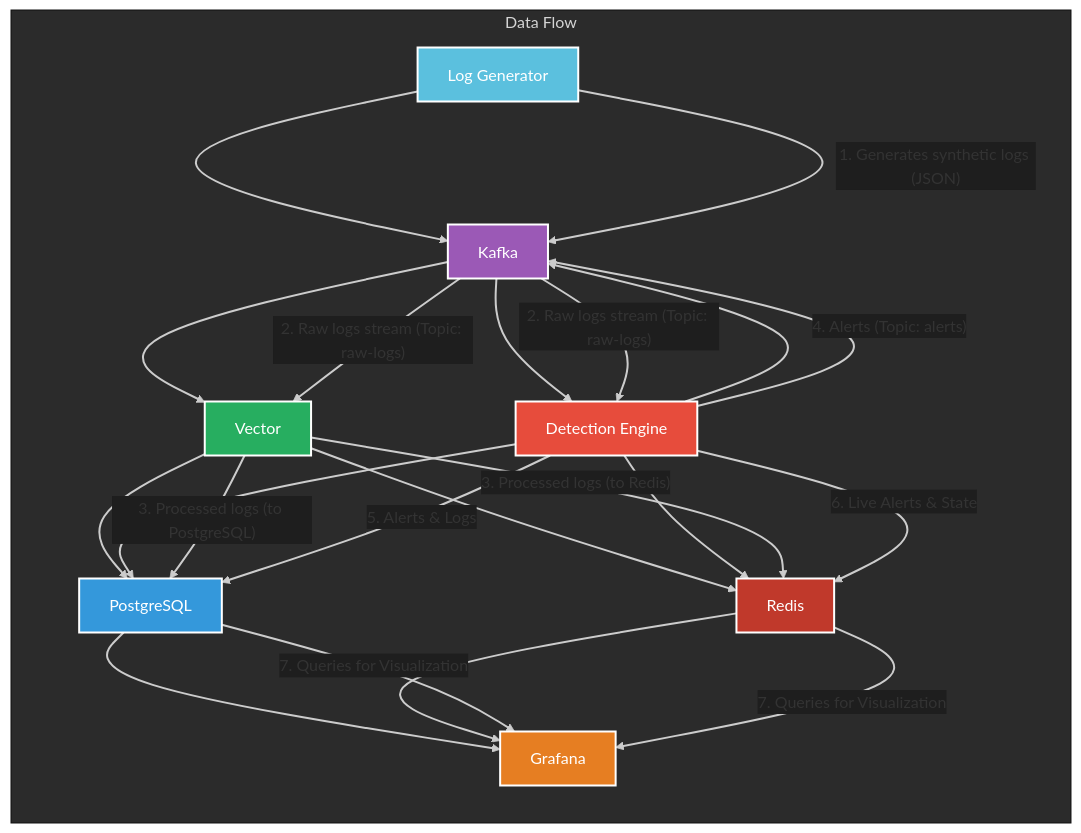
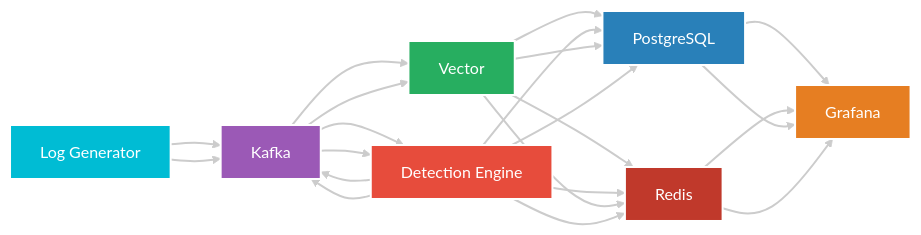
The diagram in README.md (P-Bhanu-Sohan/SimuloSIEM), drawn with Mermaid before and after one commit.

````diff
--- a/README.md
+++ b/README.md
@@ -34,42 +34,45 @@
 ```mermaid
-%%{init: {'theme':'base', 'themeVariables': { 'primaryColor': '#1e1e1e', 'edgeLabelBackground':'#1e1e1e', 'fontFamily':'monospace', 'lineColor':'#cccccc'}}}%%
-graph LR
-
-    %% Nodes
+%%{init: {'theme': 'base', 'themeVariables': {
+  'primaryColor': '#1e1e1e',
+  'primaryTextColor': '#ffffff',
+  'lineColor': '#cccccc',
+  'fontFamily': 'monospace'
+}}}%%
+flowchart LR
+    %% Main Nodes
     LG[Log Generator] --> K[Kafka]
     K --> V[Vector]
     K --> DE[Detection Engine]
     V --> PG[PostgreSQL]
     V --> R[Redis]
     DE --> R
     DE --> K
     DE --> PG
     PG --> G[Grafana]
     R --> G
 
-    %% Data Flow
-    subgraph DataFlow["Data Flow"]
-        LG -- "1. Generates synthetic logs (JSON)" --> K
-        K -- "2. Raw logs stream (Topic: raw-logs)" --> V
-        K -- "2. Raw logs stream (Topic: raw-logs)" --> DE
-        V -- "3. Processed logs (to PostgreSQL)" --> PG
-        V -- "3. Processed logs (to Redis)" --> R
-        DE -- "4. Alerts (Topic: alerts)" --> K
-        DE -- "5. Alerts & Logs" --> PG
-        DE -- "6. Live Alerts & State" --> R
-        PG -- "7. Queries for Visualization" --> G
-        R -- "7. Queries for Visualization" --> G
-    end
+    %% Data Flow Labels
+    LG --> K
+    K --> V
+    K --> DE
+    V --> PG
+    V --> R
+    DE --> K
+    DE --> PG
+    DE --> R
+    PG --> G
+    R --> G
 
-    %% Colors for Dark Mode
-    style LG fill:#5bc0de,stroke:#ffffff,stroke-width:2px,color:#ffffff
+    %% Node Colors
+    style LG fill:#00bcd4,stroke:#ffffff,stroke-width:2px,color:#ffffff
     style K fill:#9b59b6,stroke:#ffffff,stroke-width:2px,color:#ffffff
     style V fill:#27ae60,stroke:#ffffff,stroke-width:2px,color:#ffffff
     style DE fill:#e74c3c,stroke:#ffffff,stroke-width:2px,color:#ffffff
-    style PG fill:#3498db,stroke:#ffffff,stroke-width:2px,color:#ffffff
+    style PG fill:#2980b9,stroke:#ffffff,stroke-width:2px,color:#ffffff
     style R fill:#c0392b,stroke:#ffffff,stroke-width:2px,color:#ffffff
     style G fill:#e67e22,stroke:#ffffff,stroke-width:2px,color:#ffffff
 
-    %% Straight lines
-    linkStyle default stroke:#cccccc,stroke-width:2px,fill:none
+    %% Line Style
+    linkStyle default stroke:#cccccc,stroke-width:2px
+
 ```
````
